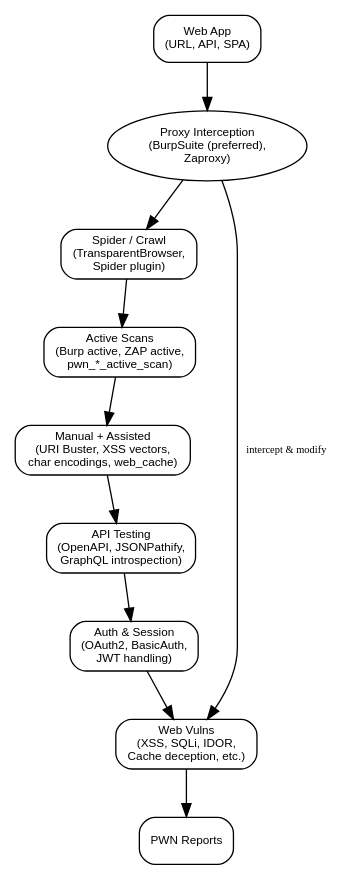
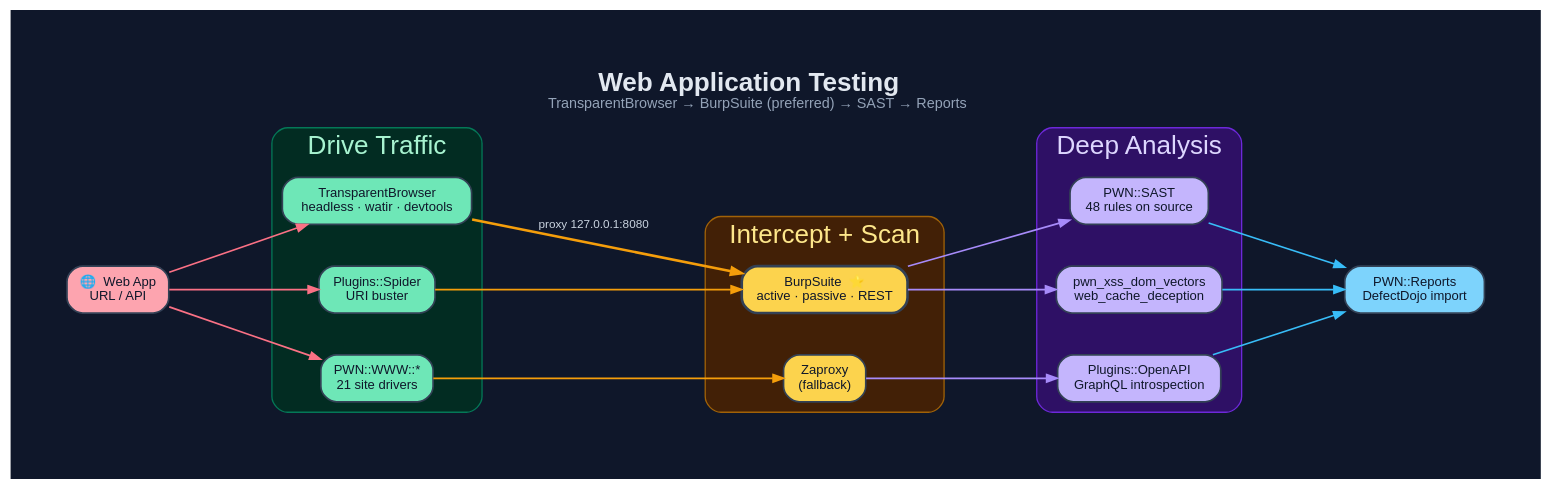
The diagram in documentation/diagrams/dot/web-application-testing.dot (0dayInc/pwn), drawn with Graphviz before and after one commit. The commit also changed 58 other files, not shown here.

```diff
--- a/documentation/diagrams/dot/web-application-testing.dot
+++ b/documentation/diagrams/dot/web-application-testing.dot
@@ -1,27 +1,49 @@
-digraph "Web Application Testing with PWN" {
-  rankdir=TB;
-  node [shape=box, style=rounded, fontname="Arial", fontsize=9];
-  edge [fontsize=8];
+digraph "PWN_Web" {
+  graph [
+    label=<<B>Web Application Testing</B><BR/><FONT POINT-SIZE="11" COLOR="#94a3b8">TransparentBrowser → BurpSuite (preferred) → SAST → Reports</FONT>>,
+    labelloc=t, fontsize=20, fontname="Helvetica",
+    rankdir=LR, splines=spline, nodesep=0.45, ranksep=1.2,
+    bgcolor="#0f172a", fontcolor="#e2e8f0", pad=0.6, newrank=true
+  ];
+  node [fontname="Helvetica", fontsize=10, style="filled,rounded",
+        shape=box, penwidth=1.3, color="#334155", fontcolor="#0f172a"];
+  edge [fontname="Helvetica", fontsize=9, color="#94a3b8",
+        fontcolor="#cbd5e1", penwidth=1.3, arrowsize=0.8];
 
-  App [label="Web App\n(URL, API, SPA)", shape=box];
+  Target [label="🌐  Web App\nURL / API", fillcolor="#fda4af"];
 
-  Proxy [label="Proxy Interception\n(BurpSuite (preferred),\nZaproxy)", shape=ellipse, fillcolor=lightblue];
-  Spider [label="Spider / Crawl\n(TransparentBrowser,\nSpider plugin)"];
-  ActiveScan [label="Active Scans\n(Burp active, ZAP active,\npwn_*_active_scan)"];
-  Manual [label="Manual + Assisted\n(URI Buster, XSS vectors,\nchar encodings, web_cache)"];
-  API [label="API Testing\n(OpenAPI, JSONPathify,\nGraphQL introspection)"];
-  AuthWeb [label="Auth & Session\n(OAuth2, BasicAuth,\nJWT handling)"];
-  Findings [label="Web Vulns\n(XSS, SQLi, IDOR,\nCache deception, etc.)", shape=box];
-  ReportWeb [label="PWN Reports"];
+  subgraph cluster_drive {
+    label="Drive Traffic"; fontcolor="#a7f3d0"; style=rounded;
+    color="#047857"; bgcolor="#022c22";
+    TB     [label="TransparentBrowser\nheadless · watir · devtools", fillcolor="#6ee7b7"];
+    Spider [label="Plugins::Spider\nURI buster",                     fillcolor="#6ee7b7"];
+    WWW    [label="PWN::WWW::*\n21 site drivers",                    fillcolor="#6ee7b7"];
+  }
+  subgraph cluster_proxy {
+    label="Intercept + Scan"; fontcolor="#fde68a"; style=rounded;
+    color="#a16207"; bgcolor="#422006";
+    Burp [label="BurpSuite  ⭐\nactive · passive · REST", fillcolor="#fcd34d", penwidth=2];
+    Zap  [label="Zaproxy\n(fallback)",                    fillcolor="#fcd34d"];
+  }
+  subgraph cluster_deep {
+    label="Deep Analysis"; fontcolor="#ddd6fe"; style=rounded;
+    color="#6d28d9"; bgcolor="#2e1065";
+    SAST [label="PWN::SAST\n48 rules on source",     fillcolor="#c4b5fd"];
+    XSS  [label="pwn_xss_dom_vectors\nweb_cache_deception", fillcolor="#c4b5fd"];
+    API  [label="Plugins::OpenAPI\nGraphQL introspection",  fillcolor="#c4b5fd"];
+  }
+  Report [label="PWN::Reports\nDefectDojo import", fillcolor="#7dd3fc"];
 
-  App -> Proxy;
-  Proxy -> Spider;
-  Spider -> ActiveScan;
-  ActiveScan -> Manual;
-  Manual -> API;
-  API -> AuthWeb;
-  AuthWeb -> Findings;
-  Findings -> ReportWeb;
-
-  Proxy -> Findings [label="intercept & modify"];
+  Target -> TB     [color="#fb7185"];
+  Target -> Spider [color="#fb7185"];
+  Target -> WWW    [color="#fb7185"];
+  TB     -> Burp   [label="proxy 127.0.0.1:8080", color="#f59e0b", penwidth=2];
+  Spider -> Burp   [color="#f59e0b"];
+  WWW    -> Zap    [color="#f59e0b"];
+  Burp   -> SAST   [color="#a78bfa"];
+  Burp   -> XSS    [color="#a78bfa"];
+  Zap    -> API    [color="#a78bfa"];
+  SAST   -> Report [color="#38bdf8"];
+  XSS    -> Report [color="#38bdf8"];
+  API    -> Report [color="#38bdf8"];
 }
```
